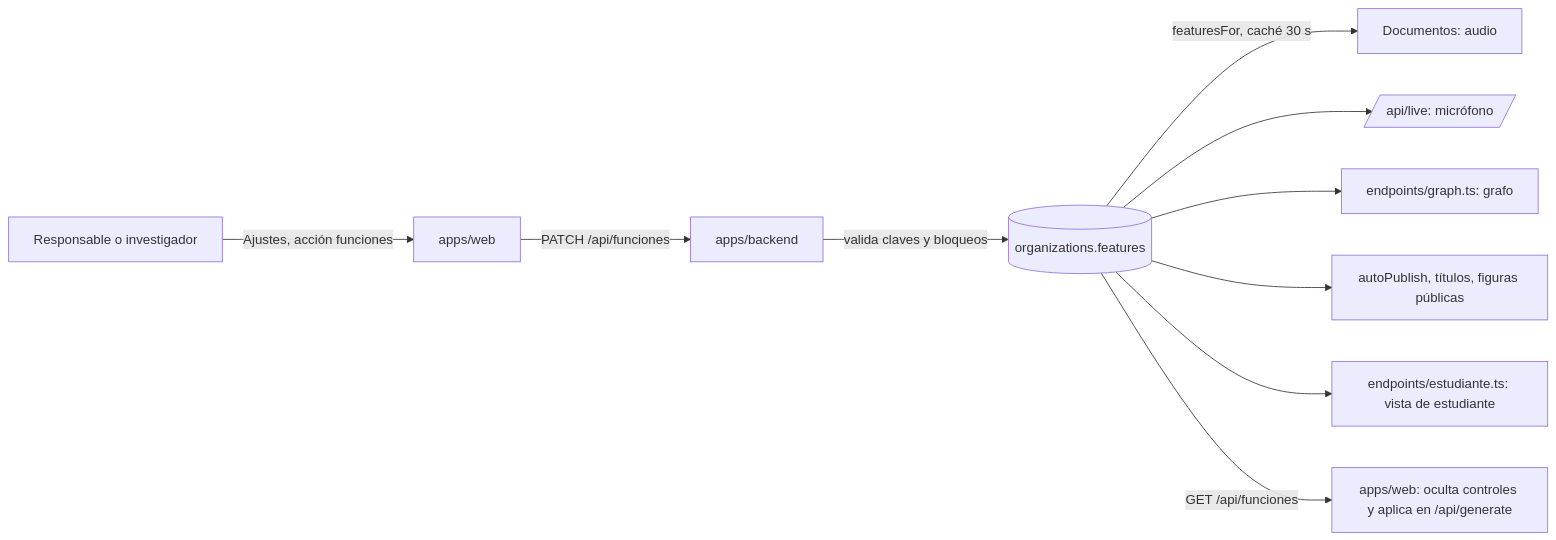
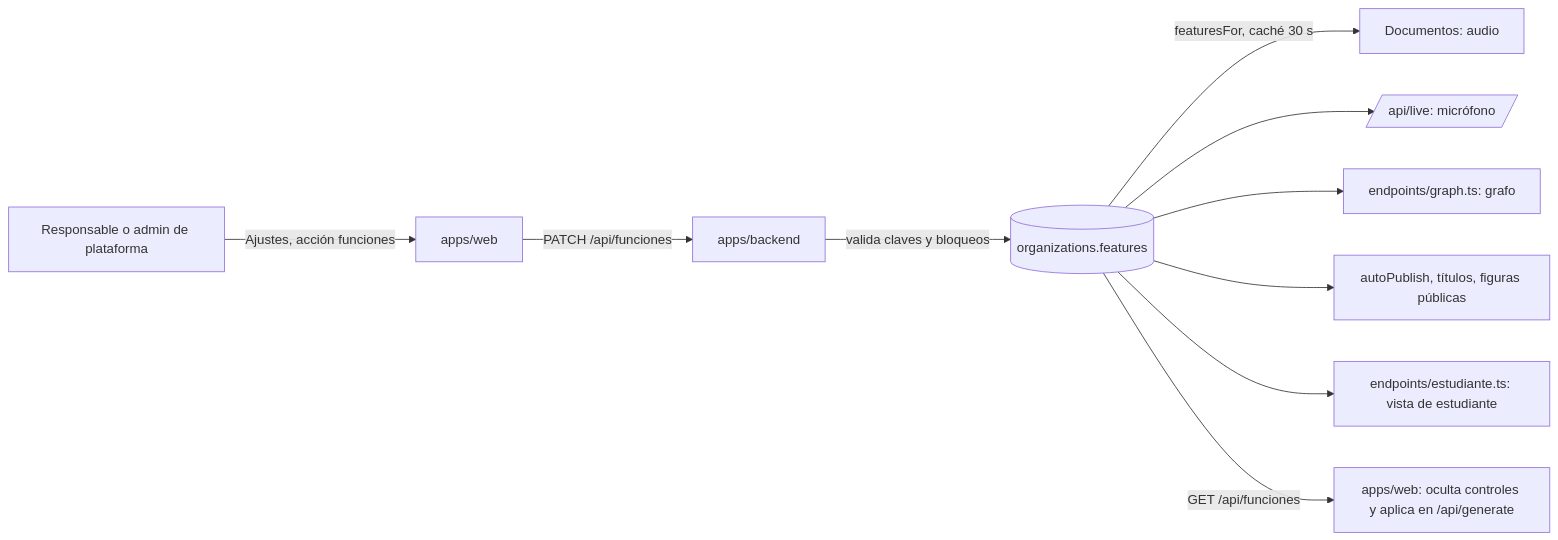
Before and after one commit to ecosistemas-de-conocimiento/ecosistemas-de-conocimiento: the first of 2 diagrams in docs/02-requisitos/funciones-por-ecosistema.md, drawn with Mermaid. The commit also changed other lines of this file and 8 other files, not shown here.

````diff
--- a/docs/02-requisitos/funciones-por-ecosistema.md
+++ b/docs/02-requisitos/funciones-por-ecosistema.md
@@ -31,12 +31,12 @@
 ```mermaid
 flowchart LR
-  U[Responsable o investigador] -->|Ajustes, acción funciones| W[apps/web]
+  U[Responsable o admin de plataforma] -->|Ajustes, acción funciones| W[apps/web]
   W -->|PATCH /api/funciones| B[apps/backend]
   B -->|valida claves y bloqueos| O[(organizations.features)]
   O -->|featuresFor, caché 30 s| E1[Documentos: audio]
   O --> E2[/api/live: micrófono/]
   O --> E3[endpoints/graph.ts: grafo]
   O --> E4[autoPublish, títulos, figuras públicas]
   O --> E5[endpoints/estudiante.ts: vista de estudiante]
   O -->|GET /api/funciones| W2[apps/web: oculta controles y aplica en /api/generate]
 ```
````
